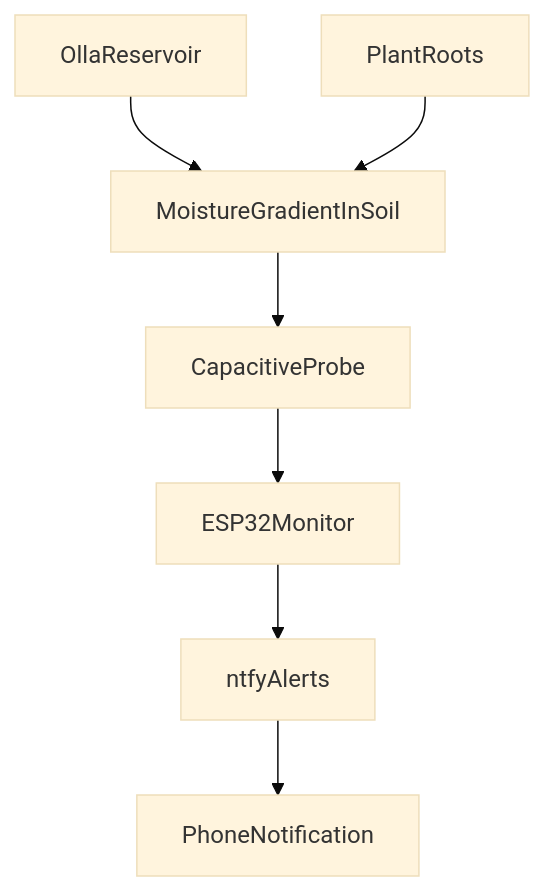
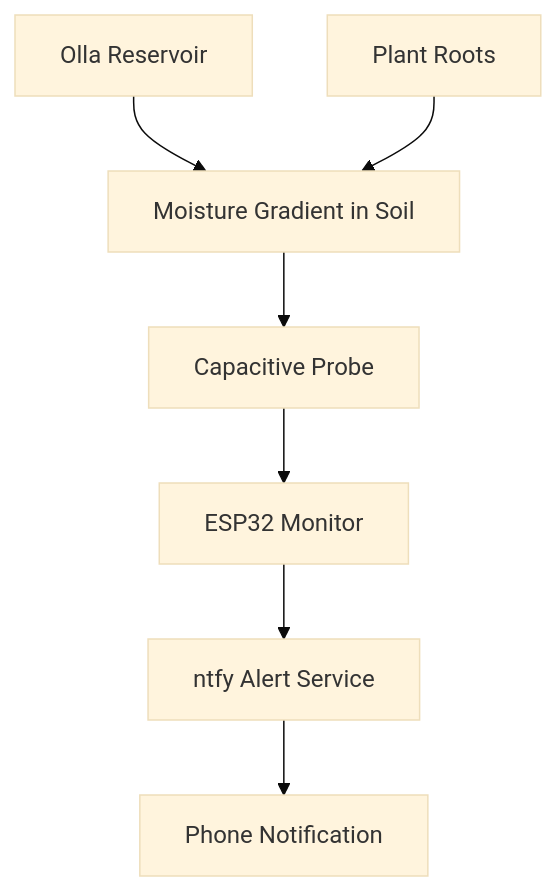
One commit to nicholasfrei/homestead-monitoring changed the diagram in README.md. Above: the diagram before and after it, drawn with Mermaid (base theme). The commit also changed other lines of this file, not shown here.

````diff
--- a/README.md
+++ b/README.md
@@ -26,9 +26,9 @@
 ```mermaid
 flowchart TD
-  olla[OllaReservoir] --> moistureGradient[MoistureGradientInSoil]
-  roots[PlantRoots] --> moistureGradient
-  probe[CapacitiveProbe] --> esp32[ESP32Monitor]
+  olla[Olla Reservoir] --> moistureGradient[Moisture Gradient in Soil]
+  roots[Plant Roots] --> moistureGradient
+  probe[Capacitive Probe] --> esp32[ESP32 Monitor]
   moistureGradient --> probe
-  esp32 --> ntfy[ntfyAlerts]
-  ntfy --> phone[PhoneNotification]
+  esp32 --> ntfy[ntfy Alert Service]
+  ntfy --> phone[Phone Notification]
 ```
````
